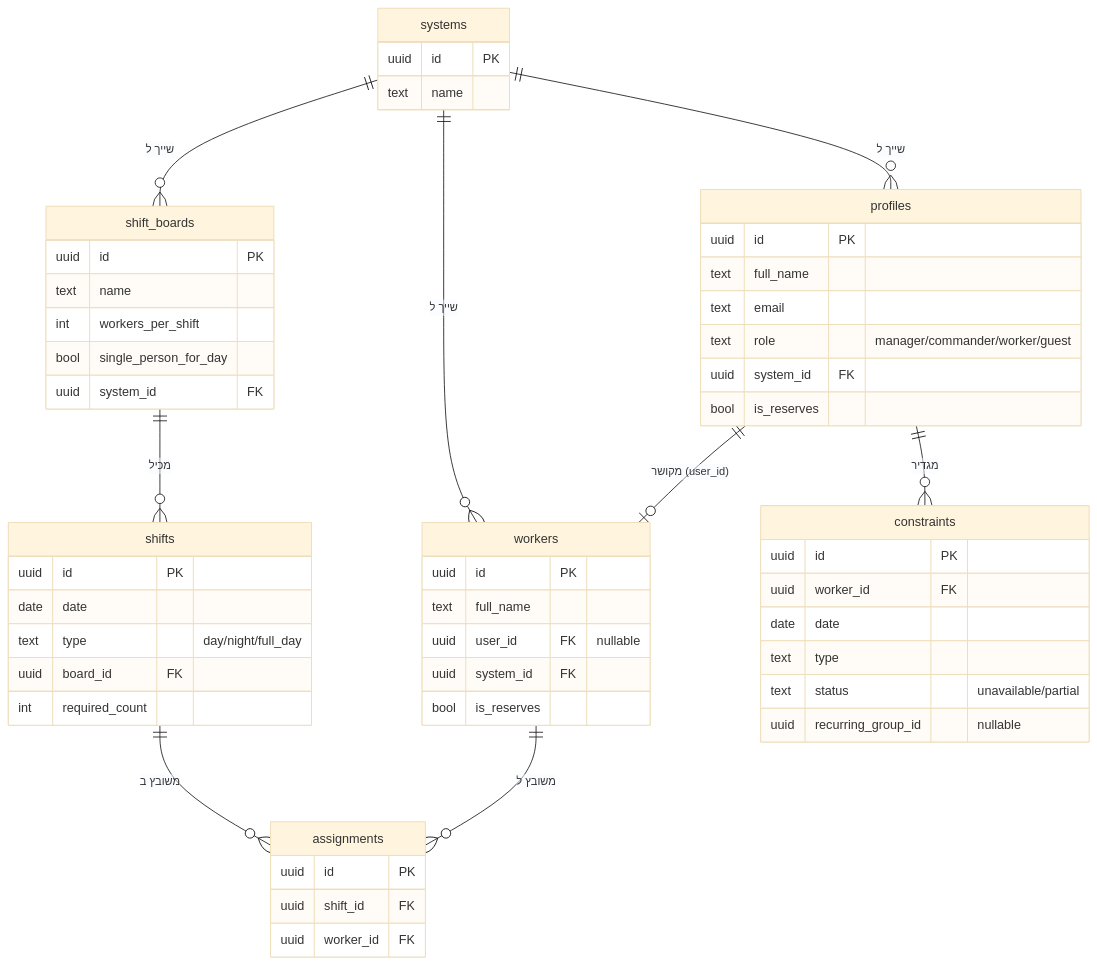
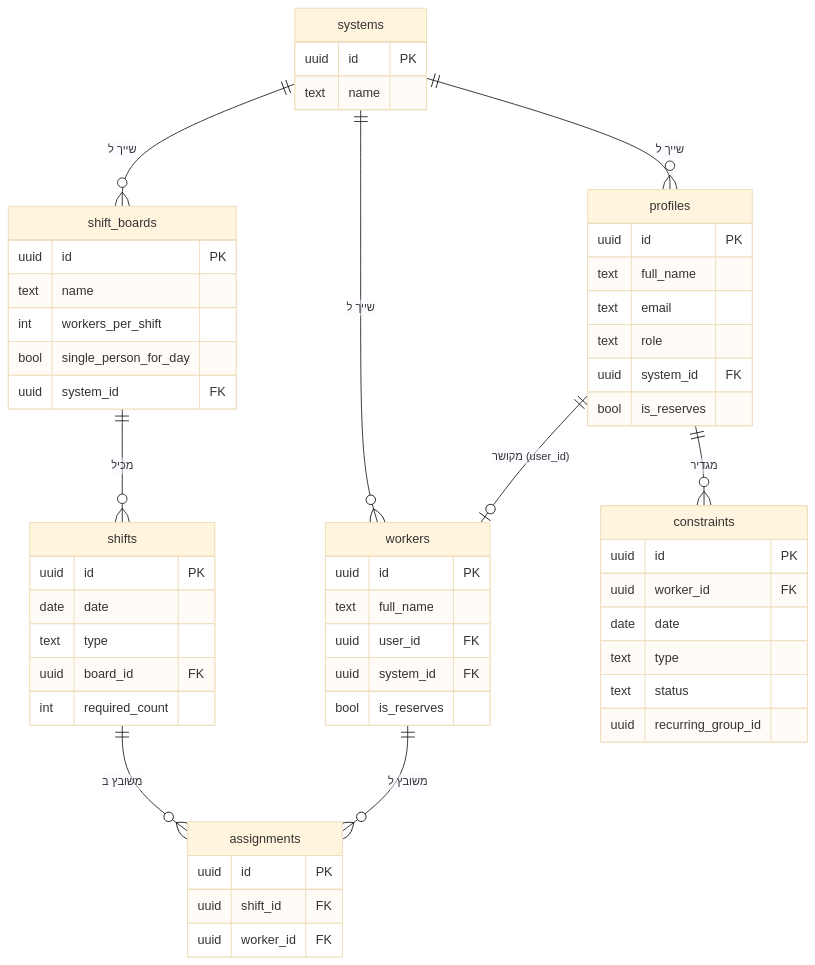
One commit to shaylev2005/smartShift changed the third of 6 diagrams in docs/ProjectBook.md. Above: the diagram before and after it, drawn with Mermaid (base theme). The commit also changed other lines of this file and 5 other files, not shown here.

````diff
--- a/docs/ProjectBook.md
+++ b/docs/ProjectBook.md
@@ -226,58 +273,58 @@
 ```mermaid
 erDiagram
     systems ||--o{ profiles : "שייך ל"
     systems ||--o{ workers : "שייך ל"
     systems ||--o{ shift_boards : "שייך ל"
     profiles ||--o| workers : "מקושר (user_id)"
     shift_boards ||--o{ shifts : "מכיל"
     shifts ||--o{ assignments : "משובץ ב"
     workers ||--o{ assignments : "משובץ ל"
     profiles ||--o{ constraints : "מגדיר"
 
     systems {
         uuid id PK
         text name
     }
     profiles {
         uuid id PK
         text full_name
         text email
-        text role "manager/commander/worker/guest"
+        text role
         uuid system_id FK
         bool is_reserves
     }
     workers {
         uuid id PK
         text full_name
-        uuid user_id FK "nullable"
+        uuid user_id FK
         uuid system_id FK
         bool is_reserves
     }
     shift_boards {
         uuid id PK
         text name
         int workers_per_shift
         bool single_person_for_day
         uuid system_id FK
     }
     shifts {
         uuid id PK
         date date
-        text type "day/night/full_day"
+        text type
         uuid board_id FK
         int required_count
     }
     assignments {
         uuid id PK
         uuid shift_id FK
         uuid worker_id FK
     }
     constraints {
         uuid id PK
         uuid worker_id FK
         date date
         text type
-        text status "unavailable/partial"
-        uuid recurring_group_id "nullable"
+        text status
+        uuid recurring_group_id
     }
 ```
````
